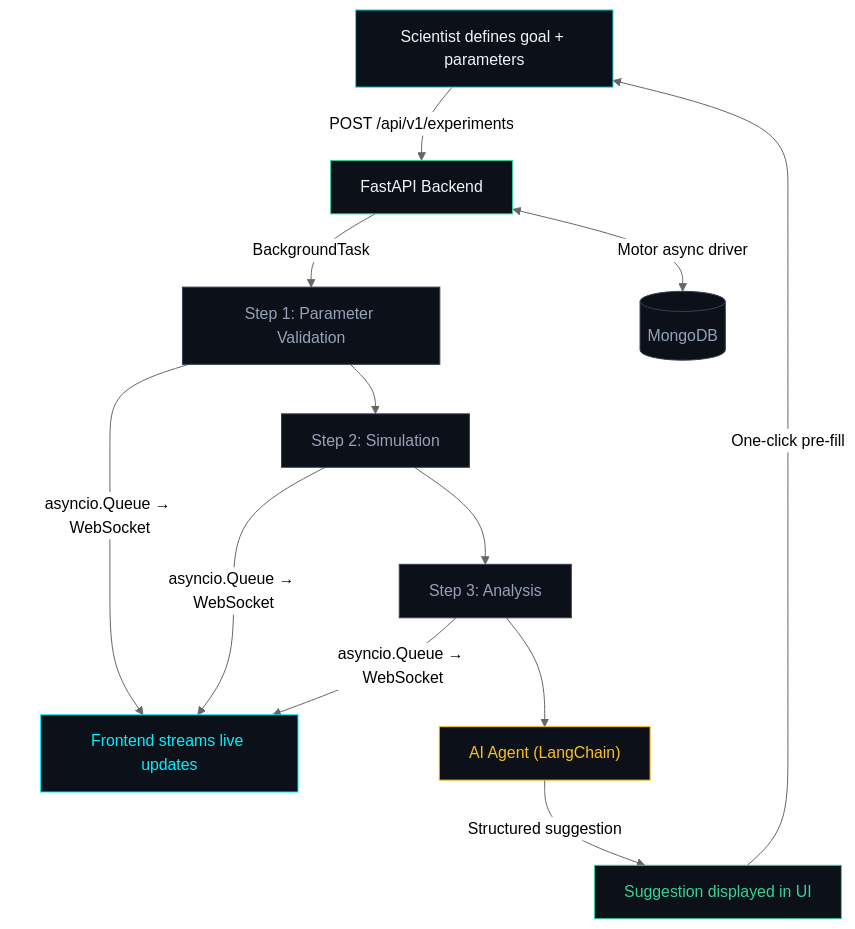
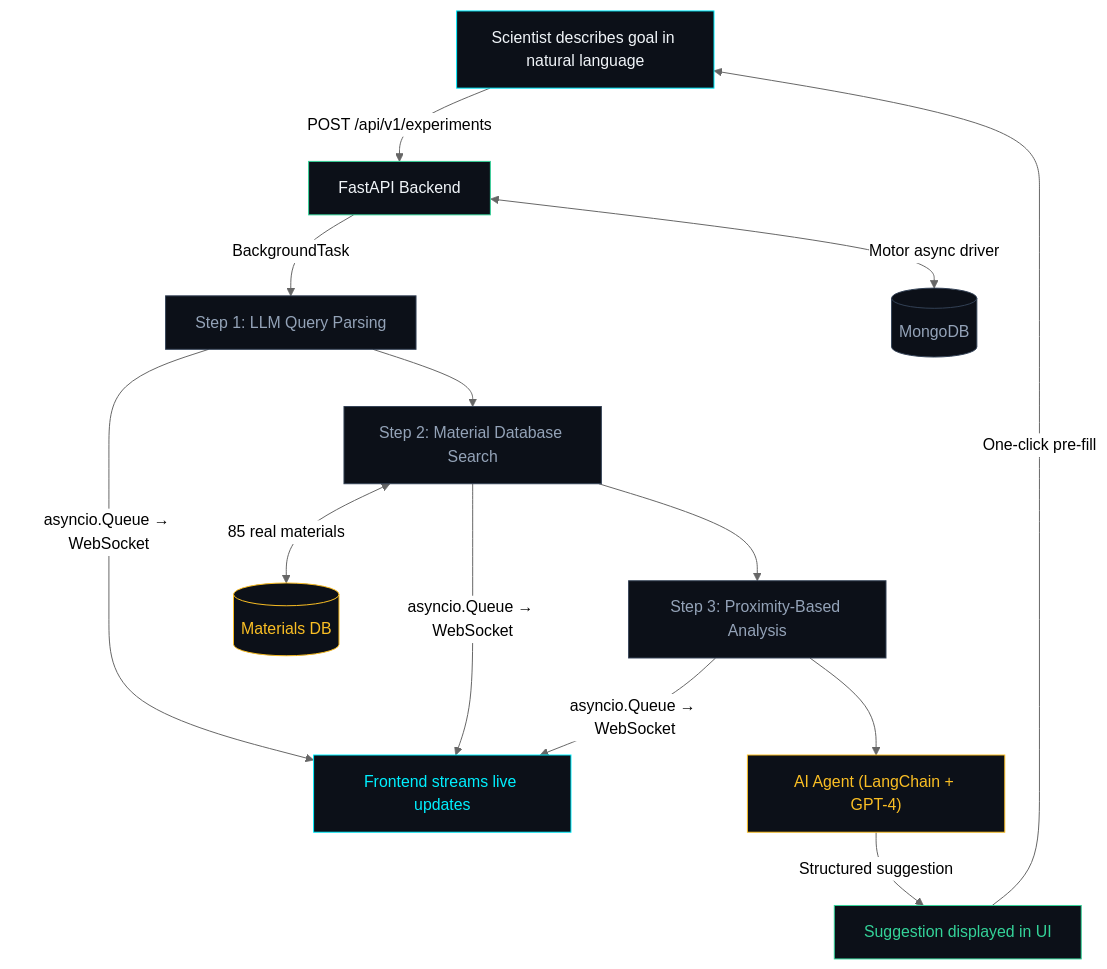
Before and after one commit to Aarav238/LoopLab: the diagram in README.md, drawn with Mermaid (neutral theme). The commit also changed other lines of this file, not shown here.

Commit message:
docs: update README to reflect natural language goal description, enhanced materials database details, and improved pipeline steps for AI-driven material discovery

````diff
--- a/README.md
+++ b/README.md
@@ -19,25 +17,27 @@
 ```mermaid
 flowchart TD
-    A["Scientist defines goal + parameters"] -->|POST /api/v1/experiments| B["FastAPI Backend"]
-    B -->|BackgroundTask| C["Step 1: Parameter Validation"]
+    A["Scientist describes goal in natural language"] -->|POST /api/v1/experiments| B["FastAPI Backend"]
+    B -->|BackgroundTask| C["Step 1: LLM Query Parsing"]
     C -->|asyncio.Queue → WebSocket| F["Frontend streams live updates"]
-    C --> D["Step 2: Simulation"]
+    C --> D["Step 2: Material Database Search"]
     D -->|asyncio.Queue → WebSocket| F
-    D --> E["Step 3: Analysis"]
+    D --> E["Step 3: Proximity-Based Analysis"]
     E -->|asyncio.Queue → WebSocket| F
-    E --> G["AI Agent (LangChain)"]
+    E --> G["AI Agent (LangChain + GPT-4)"]
     G -->|Structured suggestion| H["Suggestion displayed in UI"]
     H -->|One-click pre-fill| A
 
     B <-->|Motor async driver| I[("MongoDB")]
+    D <-->|85 real materials| J[("Materials DB")]
 
     style A fill:#0c1018,stroke:#00f0ff,color:#f1f5f9
     style B fill:#0c1018,stroke:#34d399,color:#f1f5f9
     style C fill:#0c1018,stroke:#334155,color:#94a3b8
     style D fill:#0c1018,stroke:#334155,color:#94a3b8
     style E fill:#0c1018,stroke:#334155,color:#94a3b8
     style F fill:#0c1018,stroke:#00f0ff,color:#00f0ff
     style G fill:#0c1018,stroke:#fbbf24,color:#fbbf24
     style H fill:#0c1018,stroke:#34d399,color:#34d399
     style I fill:#0c1018,stroke:#334155,color:#94a3b8
+    style J fill:#0c1018,stroke:#fbbf24,color:#fbbf24
 ```
````
